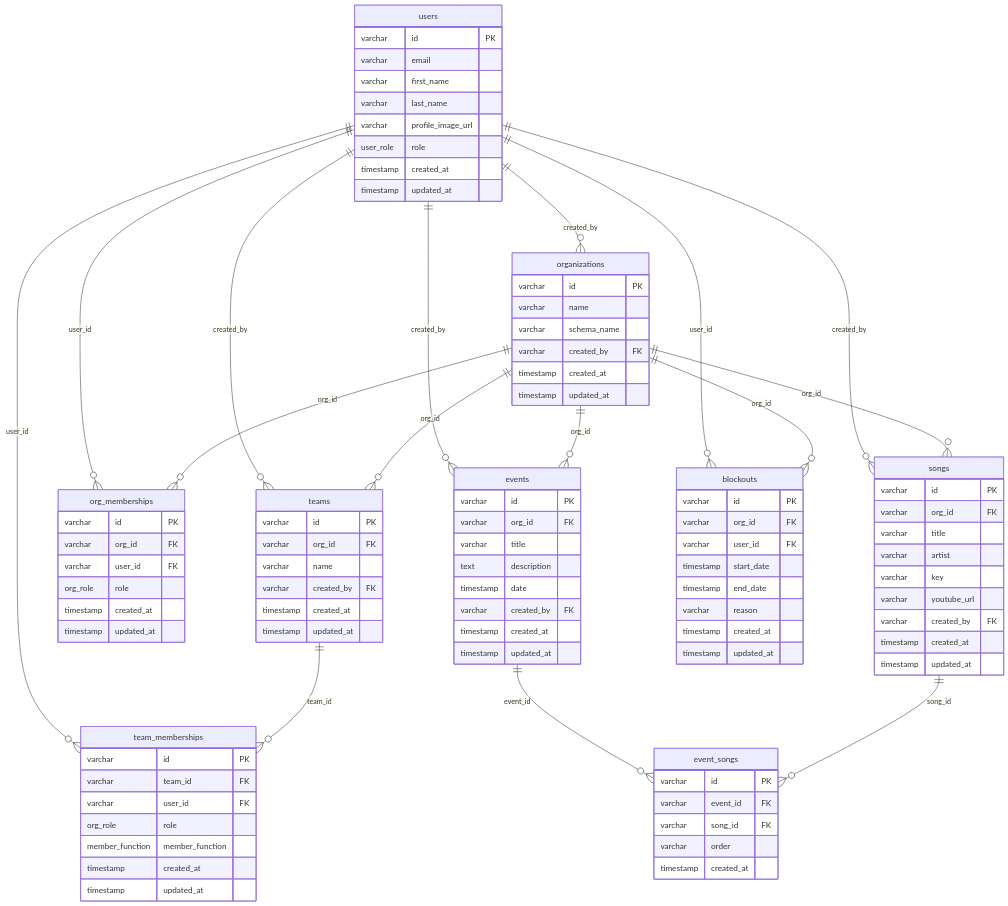
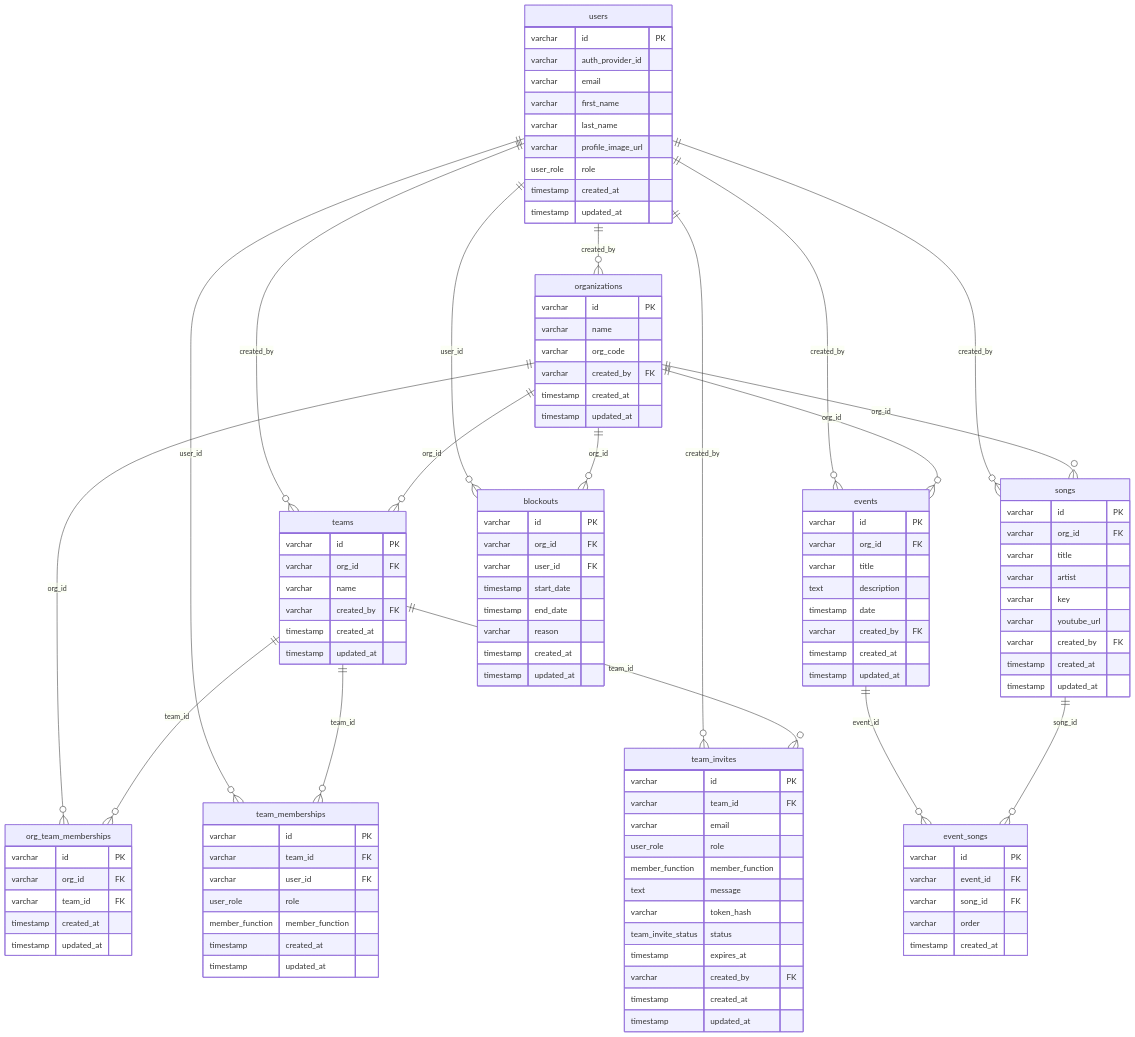
One commit to neydareh/PlanPal changed the diagram in docs/erd.mmd. Above: the diagram before and after it, drawn with Mermaid. The commit also changed 16 other files, not shown here.

```diff
--- a/docs/erd.mmd
+++ b/docs/erd.mmd
@@ -1,109 +1,126 @@
 erDiagram
   users {
     varchar id PK
+    varchar auth_provider_id
     varchar email
     varchar first_name
     varchar last_name
     varchar profile_image_url
     user_role role
     timestamp created_at
     timestamp updated_at
   }
 
   organizations {
     varchar id PK
     varchar name
-    varchar schema_name
+    varchar org_code
     varchar created_by FK
     timestamp created_at
     timestamp updated_at
   }
 
   teams {
     varchar id PK
     varchar org_id FK
     varchar name
     varchar created_by FK
     timestamp created_at
     timestamp updated_at
   }
 
-  org_memberships {
+  org_team_memberships {
     varchar id PK
     varchar org_id FK
-    varchar user_id FK
-    org_role role
+    varchar team_id FK
     timestamp created_at
     timestamp updated_at
   }
 
   team_memberships {
     varchar id PK
     varchar team_id FK
     varchar user_id FK
-    org_role role
+    user_role role
     member_function member_function
     timestamp created_at
     timestamp updated_at
   }
 
   events {
     varchar id PK
     varchar org_id FK
     varchar title
     text description
     timestamp date
     varchar created_by FK
     timestamp created_at
     timestamp updated_at
   }
 
   songs {
     varchar id PK
     varchar org_id FK
     varchar title
     varchar artist
     varchar key
     varchar youtube_url
     varchar created_by FK
     timestamp created_at
     timestamp updated_at
   }
 
   blockouts {
     varchar id PK
     varchar org_id FK
     varchar user_id FK
     timestamp start_date
     timestamp end_date
     varchar reason
     timestamp created_at
     timestamp updated_at
   }
 
+  team_invites {
+    varchar id PK
+    varchar team_id FK
+    varchar email
+    user_role role
+    member_function member_function
+    text message
+    varchar token_hash
+    team_invite_status status
+    timestamp expires_at
+    varchar created_by FK
+    timestamp created_at
+    timestamp updated_at
+  }
+
   event_songs {
     varchar id PK
     varchar event_id FK
     varchar song_id FK
     varchar order
     timestamp created_at
   }
 
   users ||--o{ organizations : created_by
   users ||--o{ teams : created_by
-  users ||--o{ org_memberships : user_id
   users ||--o{ team_memberships : user_id
+  users ||--o{ team_invites : created_by
   users ||--o{ events : created_by
   users ||--o{ songs : created_by
   users ||--o{ blockouts : user_id
 
   organizations ||--o{ teams : org_id
-  organizations ||--o{ org_memberships : org_id
+  organizations ||--o{ org_team_memberships : org_id
   organizations ||--o{ events : org_id
   organizations ||--o{ songs : org_id
   organizations ||--o{ blockouts : org_id
 
+  teams ||--o{ org_team_memberships : team_id
   teams ||--o{ team_memberships : team_id
+  teams ||--o{ team_invites : team_id
 
   events ||--o{ event_songs : event_id
   songs ||--o{ event_songs : song_id
```
